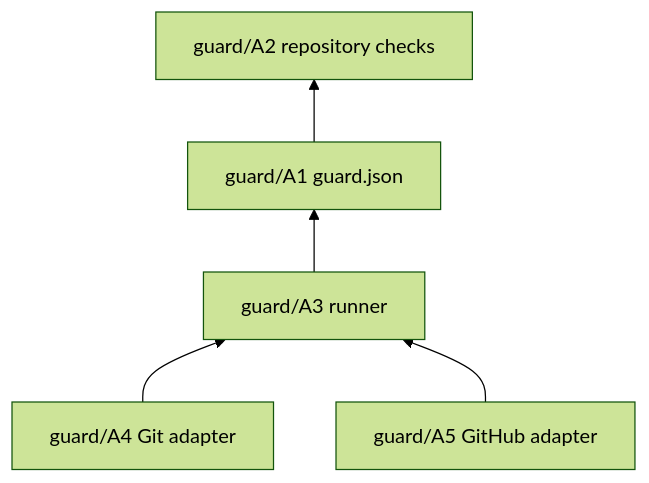
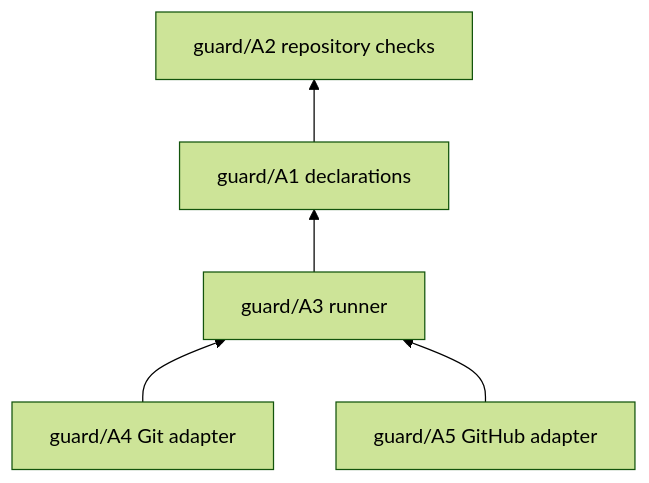
One commit to Kai-Hacks-AI/KAAL changed the first of 2 diagrams in engineering/guard/architecture.md. Above: the diagram before and after it, drawn with Mermaid (forest theme). The commit also changed other lines of this file and 5 other files, not shown here.

````diff
--- a/engineering/guard/architecture.md
+++ b/engineering/guard/architecture.md
@@ -39,7 +39,7 @@
 ```mermaid
 flowchart BT
   Hook[guard/A4 Git adapter] --> Runner[guard/A3 runner]
   WF[guard/A5 GitHub adapter] --> Runner
-  Runner --> List[guard/A1 guard.json]
+  Runner --> List[guard/A1 declarations]
   List --> Checks[guard/A2 repository checks]
 ```
````
